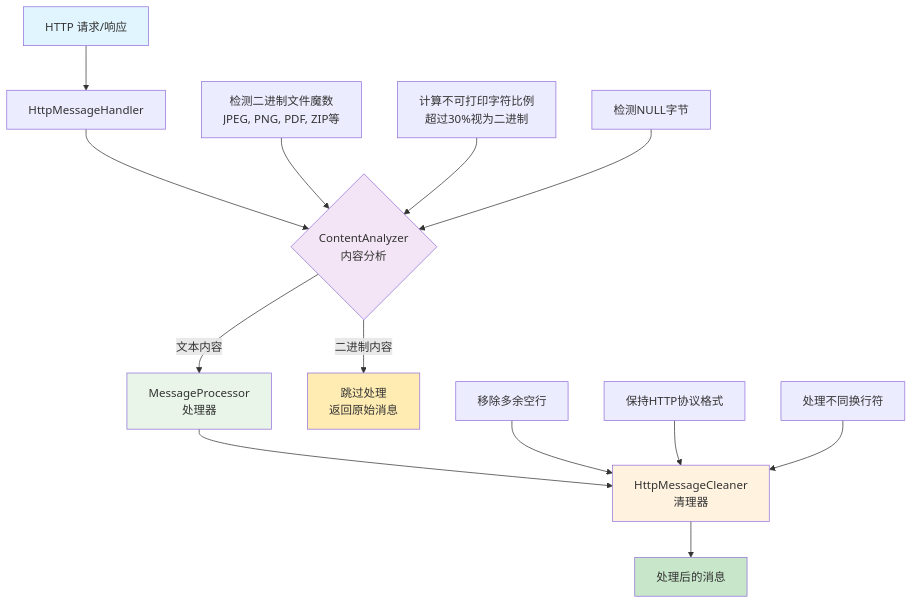
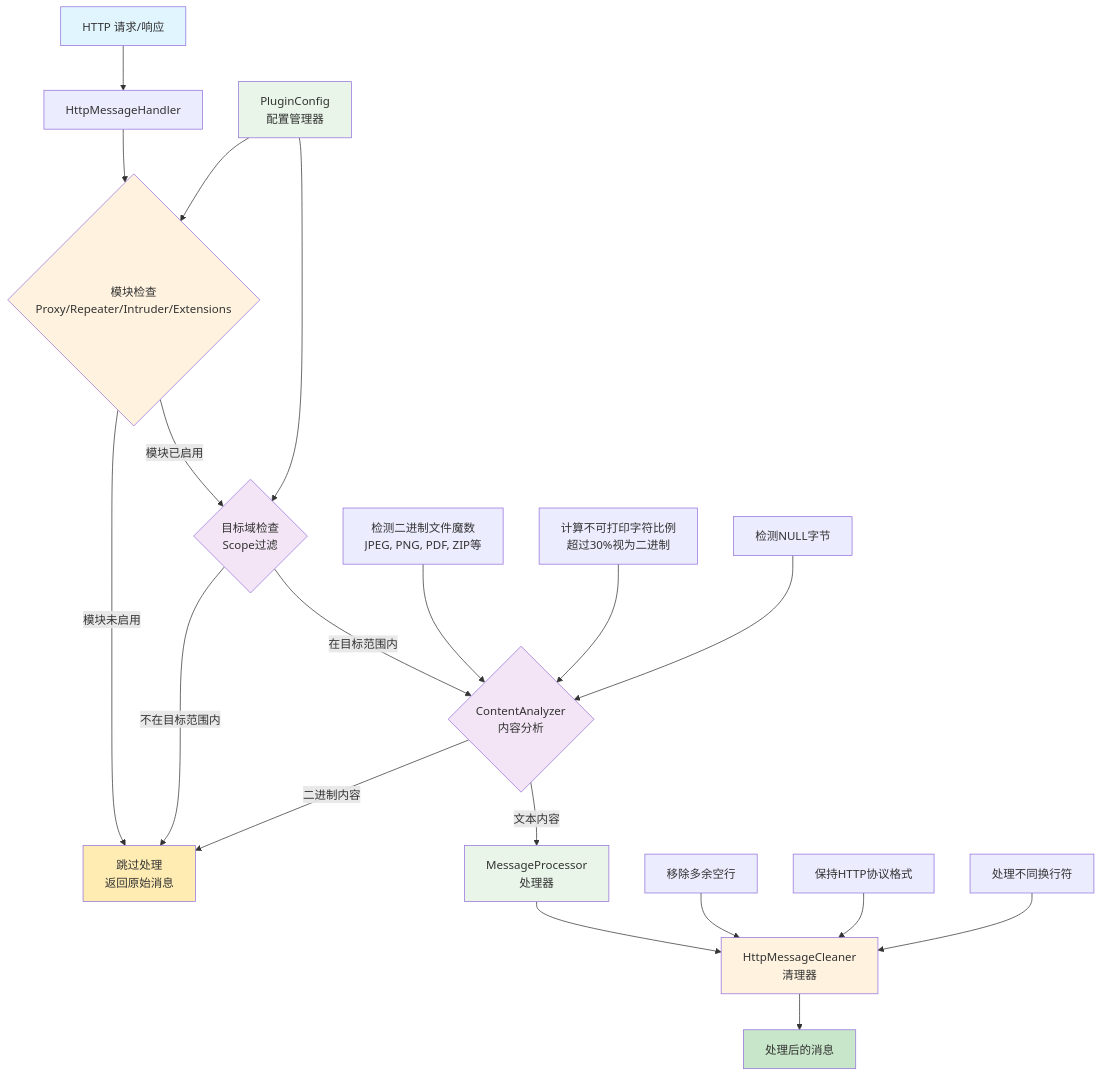
The diagram in README.md (GitHubNull/RemoveExtraBlankLines), drawn with Mermaid before and after one commit. The commit also changed other lines of this file and 5 other files, not shown here.

Commit message:
更新版本至 1.2.0，新增模块生效控制和目标域控制功能，优化配置管理，更新文档和架构图，增强日志输出和配置显示。

````diff
--- a/README.md
+++ b/README.md
@@ -23,30 +88,41 @@
 ```mermaid
 graph TD
     A["HTTP 请求/响应"] --> B["HttpMessageHandler"]
-    B --> C{"ContentAnalyzer<br/>内容分析"}
-    C -->|"文本内容"| D["MessageProcessor<br/>处理器"]
-    C -->|"二进制内容"| E["跳过处理<br/>返回原始消息"]
+    B --> C1{"模块检查<br/>Proxy/Repeater/Intruder/Extensions"}
+    C1 -->|"模块已启用"| C2{"目标域检查<br/>Scope过滤"}
+    C1 -->|"模块未启用"| E["跳过处理<br/>返回原始消息"]
+    C2 -->|"在目标范围内"| C3{"ContentAnalyzer<br/>内容分析"}
+    C2 -->|"不在目标范围内"| E
+    C3 -->|"文本内容"| D["MessageProcessor<br/>处理器"]
+    C3 -->|"二进制内容"| E
     D --> F["HttpMessageCleaner<br/>清理器"]
     F --> G["处理后的消息"]
     
-    C1["检测二进制文件魔数<br/>JPEG, PNG, PDF, ZIP等"]
-    C2["计算不可打印字符比例<br/>超过30%视为二进制"]
-    C3["检测NULL字节"]
-    C1 --> C
-    C2 --> C
-    C3 --> C
+    P1["PluginConfig<br/>配置管理器"]
+    P1 --> C1
+    P1 --> C2
+    
+    C31["检测二进制文件魔数<br/>JPEG, PNG, PDF, ZIP等"]
+    C32["计算不可打印字符比例<br/>超过30%视为二进制"]
+    C33["检测NULL字节"]
+    C31 --> C3
+    C32 --> C3
+    C33 --> C3
     
     F1["移除多余空行"]
     F2["保持HTTP协议格式"]
     F3["处理不同换行符"]
     F1 --> F
     F2 --> F
     F3 --> F
     
     style A fill:#e1f5fe
     style G fill:#c8e6c9
     style E fill:#ffecb3
-    style C fill:#f3e5f5
+    style C1 fill:#fff3e0
+    style C2 fill:#f3e5f5
+    style C3 fill:#f3e5f5
     style D fill:#e8f5e8
     style F fill:#fff3e0
+    style P1 fill:#e8f5e8
 ```
````
